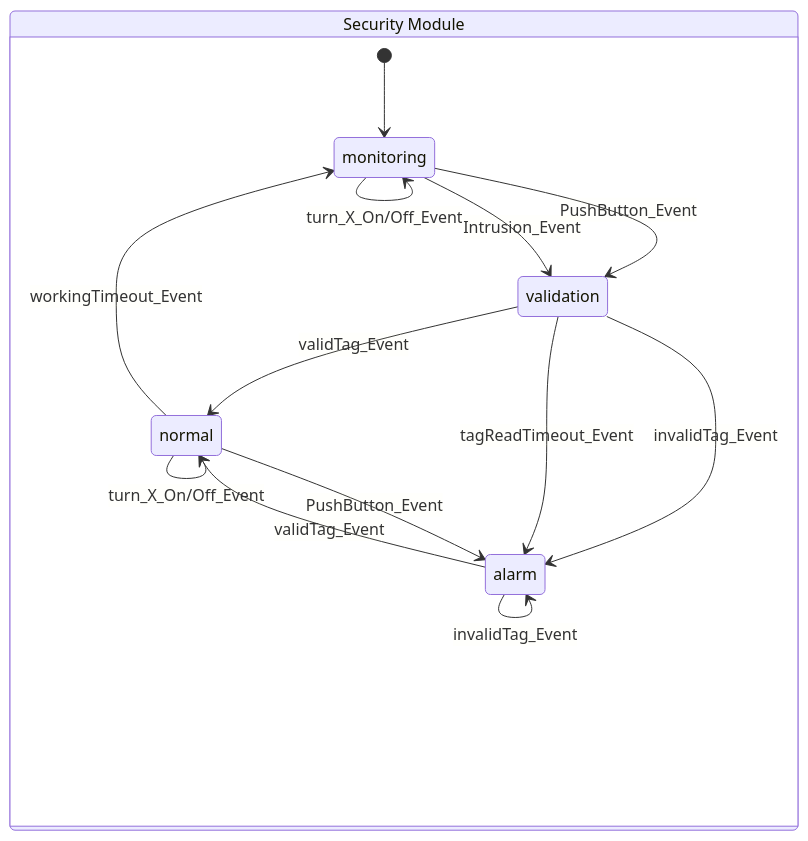
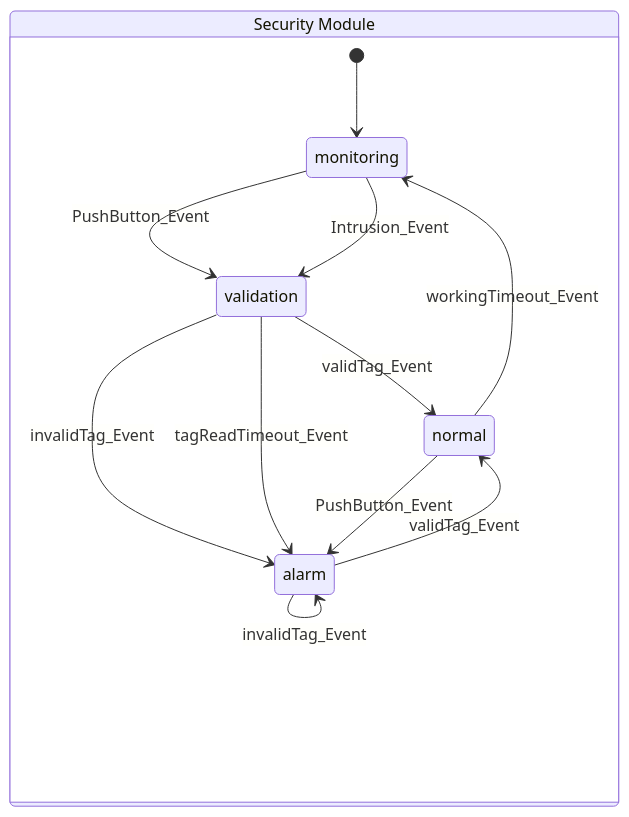
One commit to RobAxt/SMEM-MP changed the diagram in components/security_module/Readme.md. Above: the diagram before and after it, drawn with Mermaid. The commit also changed other lines of this file and 4 other files, not shown here.

````diff
--- a/components/security_module/Readme.md
+++ b/components/security_module/Readme.md
@@ -1,28 +1,26 @@
 ```mermaid
 %%{init: { "themeVariables": { "edgeLabelBackground": "#FFF3CD0F" } }}%%
 %%{init:{ "themeCSS": ".edgeLabel{font-size:12px}" }}%%
 
 stateDiagram-v2
     secMod : Security Module
     state secMod 
     {
         direction TB
         state1 : monitoring
         state2 : validation
         state3 : alarm
         state4 : normal
 
         [*] --> state1
         state1 --> state2 : PushButton_Event
         state1 --> state2 : Intrusion_Event
         state2 --> state4 : validTag_Event       
         state2 --> state3 : invalidTag_Event
         state2 --> state3 : tagReadTimeout_Event
-        state4 --> state4 : turn_X_On/Off_Event
         state3 --> state4 : validTag_Event       
         state3 --> state3 : invalidTag_Event
         state4 --> state1 : workingTimeout_Event
-        state1 --> state1 : turn_X_On/Off_Event
         state4 --> state3 : PushButton_Event
     }
 ```
````
